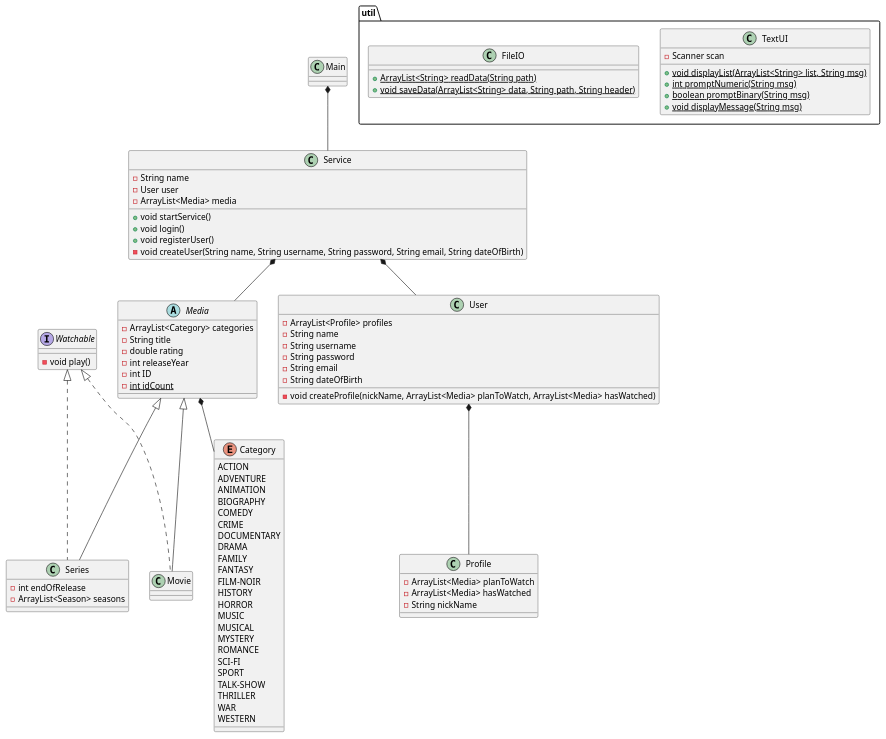
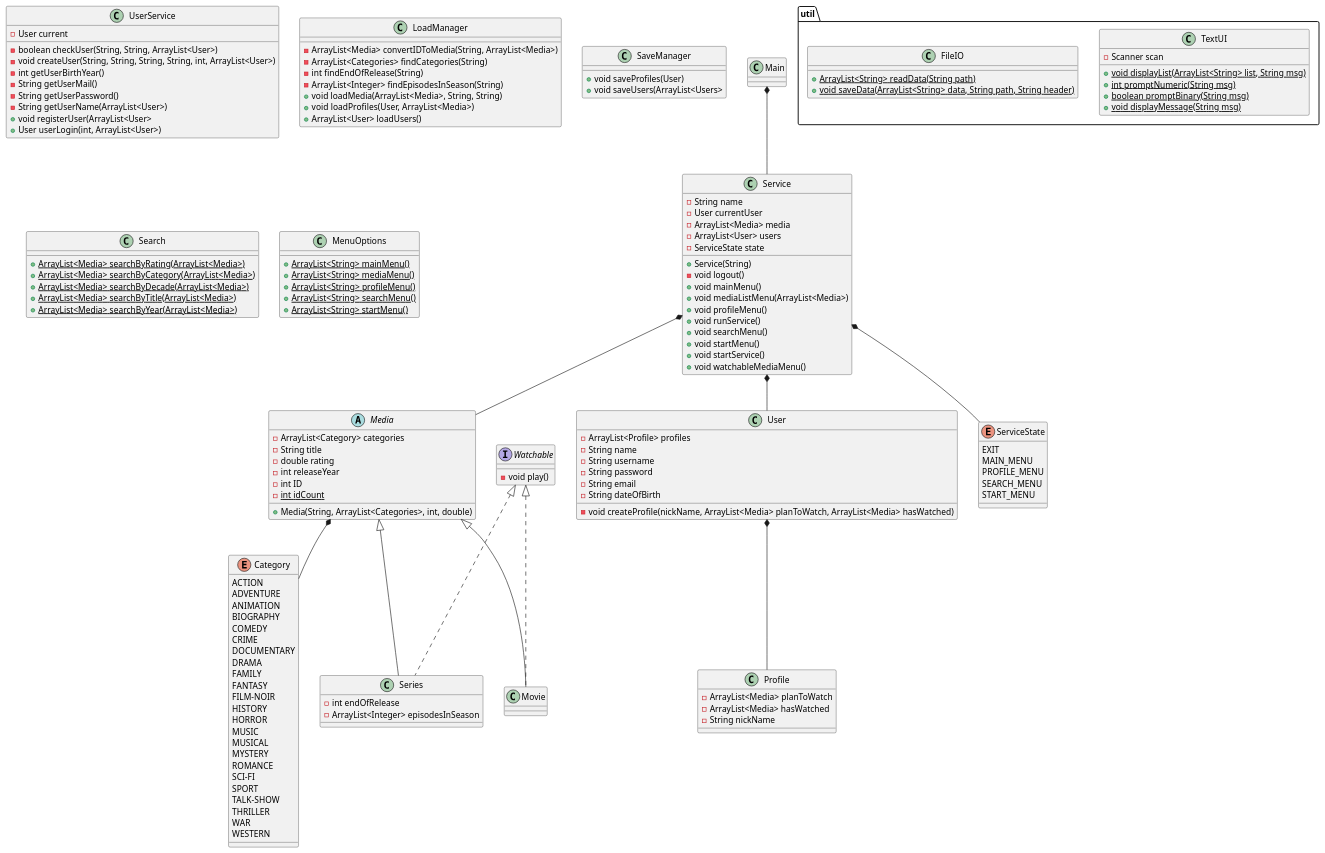
The diagram in doc/classdiagramv2.puml (Andreas-dat/SP3-GruppeC), drawn with PlantUML before and after one commit.

Commit message:
updated class diagram

```diff
--- a/doc/classdiagramv2.puml
+++ b/doc/classdiagramv2.puml
@@ -1,107 +1,170 @@
 @startuml
 
 
 class Main
+
 class Service{
 -String name
--User user
+-User currentUser
 -ArrayList<Media> media
+-ArrayList<User> users
+-ServiceState state
++Service(String)
+-void logout()
++void mainMenu()
++void mediaListMenu(ArrayList<Media>)
++void profileMenu()
++void runService()
++void searchMenu()
++void startMenu()
 +void startService()
-+void login()
-+void registerUser()
--void createUser(String name, String username, String password, String email, String dateOfBirth)
++void watchableMediaMenu()
+}
+
+class UserService {
+-User current
+-boolean checkUser(String, String, ArrayList<User>)
+-void createUser(String, String, String, String, int, ArrayList<User>)
+-int getUserBirthYear()
+-String getUserMail()
+-String getUserPassword()
+-String getUserName(ArrayList<User>)
++void registerUser(ArrayList<User>
++User userLogin(int, ArrayList<User>)
+}
+
+class LoadManager {
+-ArrayList<Media> convertIDToMedia(String, ArrayList<Media>)
+-ArrayList<Categories> findCategories(String)
+-int findEndOfRelease(String)
+-ArrayList<Integer> findEpisodesInSeason(String)
++void loadMedia(ArrayList<Media>, String, String)
++void loadProfiles(User, ArrayList<Media>)
++ArrayList<User> loadUsers()
+}
+
+class SaveManager {
++void saveProfiles(User)
++void saveUsers(ArrayList<Users>
+}
+
+class Search {
++{static} ArrayList<Media> searchByRating(ArrayList<Media>)
++{static} ArrayList<Media> searchByCategory(ArrayList<Media>)
++{static} ArrayList<Media> searchByDecade(ArrayList<Media>)
++{static} ArrayList<Media> searchByTitle(ArrayList<Media>)
++{static} ArrayList<Media> searchByYear(ArrayList<Media>)
+}
+
+class MenuOptions {
++{static} ArrayList<String> mainMenu()
++{static} ArrayList<String> mediaMenu()
++{static} ArrayList<String> profileMenu()
++{static} ArrayList<String> searchMenu()
++{static} ArrayList<String> startMenu()
+
 }
 
 abstract class Media {
 -ArrayList<Category> categories
 -String title
 -double rating
 -int releaseYear
 -int ID
 -{static} int idCount
++Media(String, ArrayList<Categories>, int, double)
 }
 
 class Movie {
 }
 
 class Series {
 -int endOfRelease
--ArrayList<Season> seasons
+-ArrayList<Integer> episodesInSeason
 }
 
 interface Watchable {
 -void play()
 }
 
 class User {
 -ArrayList<Profile> profiles
 -String name
 -String username
 -String password
 -String email
 -String dateOfBirth
 -void createProfile(nickName, ArrayList<Media> planToWatch, ArrayList<Media> hasWatched)
 }
 class Profile {
 -ArrayList<Media> planToWatch
 -ArrayList<Media> hasWatched
 -String nickName
 }
 
 enum Category {
 ACTION
 ADVENTURE
 ANIMATION
 BIOGRAPHY
 COMEDY
 CRIME
 DOCUMENTARY
 DRAMA
 FAMILY
 FANTASY
 FILM-NOIR
 HISTORY
 HORROR
 MUSIC
 MUSICAL
 MYSTERY
 ROMANCE
 SCI-FI
 SPORT
 TALK-SHOW
 THRILLER
 WAR
 WESTERN
 }
 
+enum ServiceState {
+EXIT
+MAIN_MENU
+PROFILE_MENU
+SEARCH_MENU
+START_MENU
+}
+
 package "util" {
 class TextUI {
 -Scanner scan
 {static} +void displayList(ArrayList<String> list, String msg)
 {static} +int promptNumeric(String msg)
 {static} +boolean promptBinary(String msg)
 {static} +void displayMessage(String msg)
 {static}
 }
 
 class FileIO {
 {static} +ArrayList<String> readData(String path)
 {static} +void saveData(ArrayList<String> data, String path, String header)
 }
 }
 
 Main *-- Service
 Service *-- Media
 Media *-- Category
 Media <|-- Movie
 Media <|-- Series
 
 
 Service *-- User
+Service *-- ServiceState
 User *-- Profile
 
 Watchable <|.. Movie
 Watchable <|.. Series
 
 
 @enduml
```
